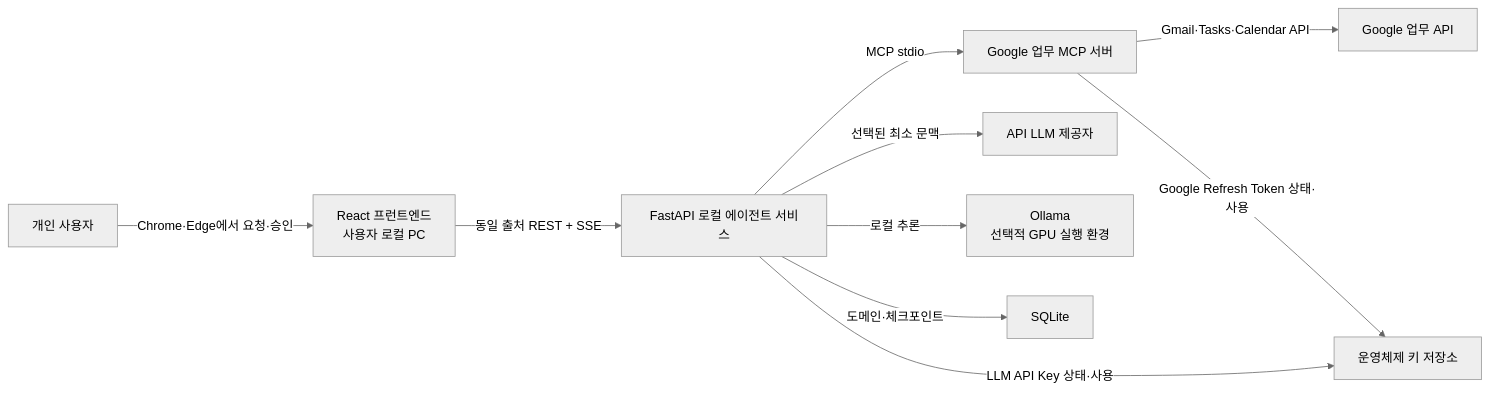
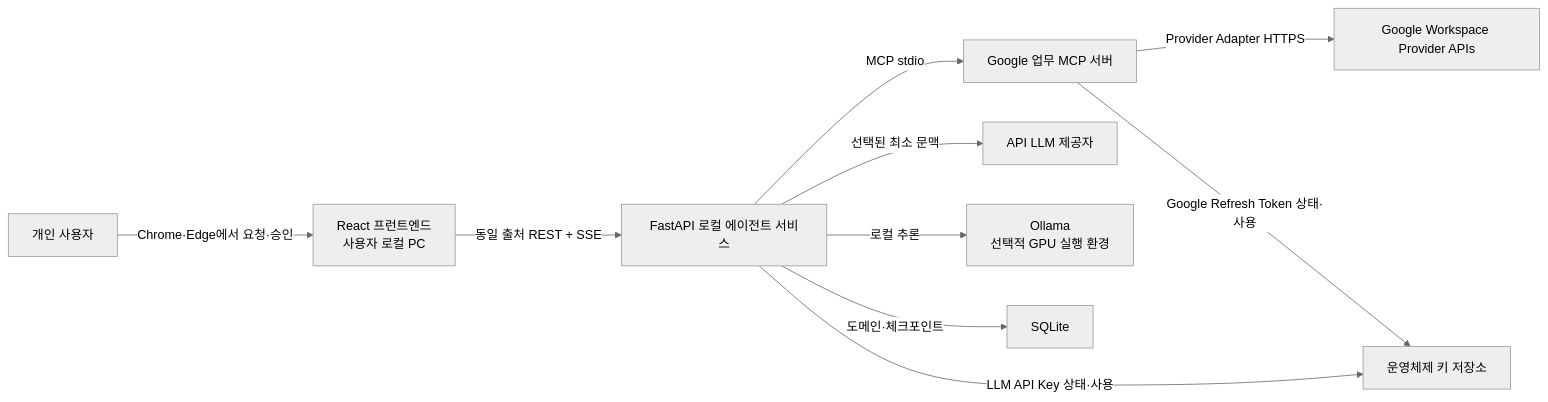
One commit to solar-ai-dev/google-work-agent changed the first of 16 diagrams in docs/03-system-architecture.md. Above: the diagram before and after it, drawn with Mermaid (neutral theme). The commit also changed other lines of this file and 22 other files, not shown here.

````diff
--- a/docs/03-system-architecture.md
+++ b/docs/03-system-architecture.md
@@ -178,12 +319,12 @@
 ```mermaid
 flowchart LR
     U["개인 사용자"] -->|"Chrome·Edge에서 요청·승인"| FE["React 프런트엔드<br>사용자 로컬 PC"]
     FE -->|"동일 출처 REST + SSE"| API["FastAPI 로컬 에이전트 서비스"]
     API -->|"MCP stdio"| MCP["Google 업무 MCP 서버"]
-    MCP -->|"Gmail·Tasks·Calendar API"| GOOGLE["Google 업무 API"]
+    MCP -->|"Provider Adapter HTTPS"| GOOGLE["Google Workspace Provider APIs"]
     API -->|"선택된 최소 문맥"| EXT["API LLM 제공자"]
     API -->|"로컬 추론"| OLLAMA["Ollama<br>선택적 GPU 실행 환경"]
     API -->|"도메인·체크포인트"| DB["SQLite"]
     API -->|"LLM API Key 상태·사용"| KEYRING["운영체제 키 저장소"]
     MCP -->|"Google Refresh Token 상태·사용"| KEYRING
 ```
````
